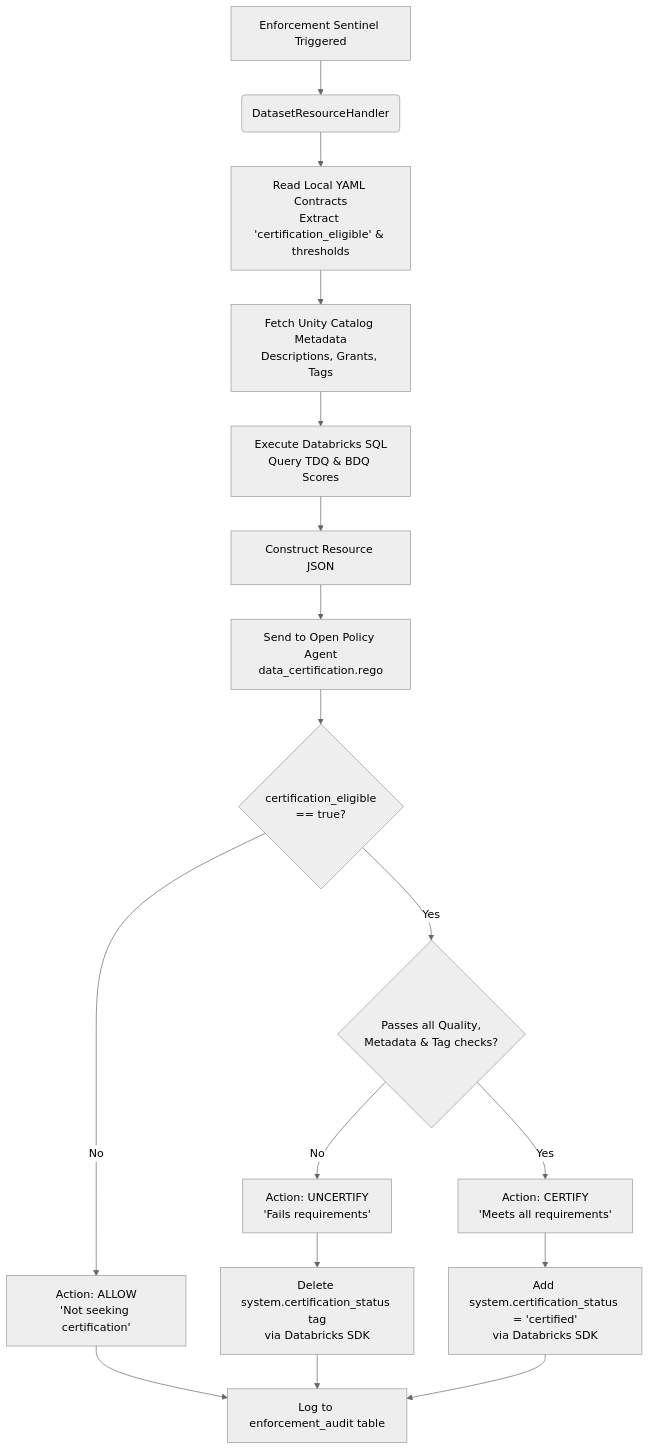
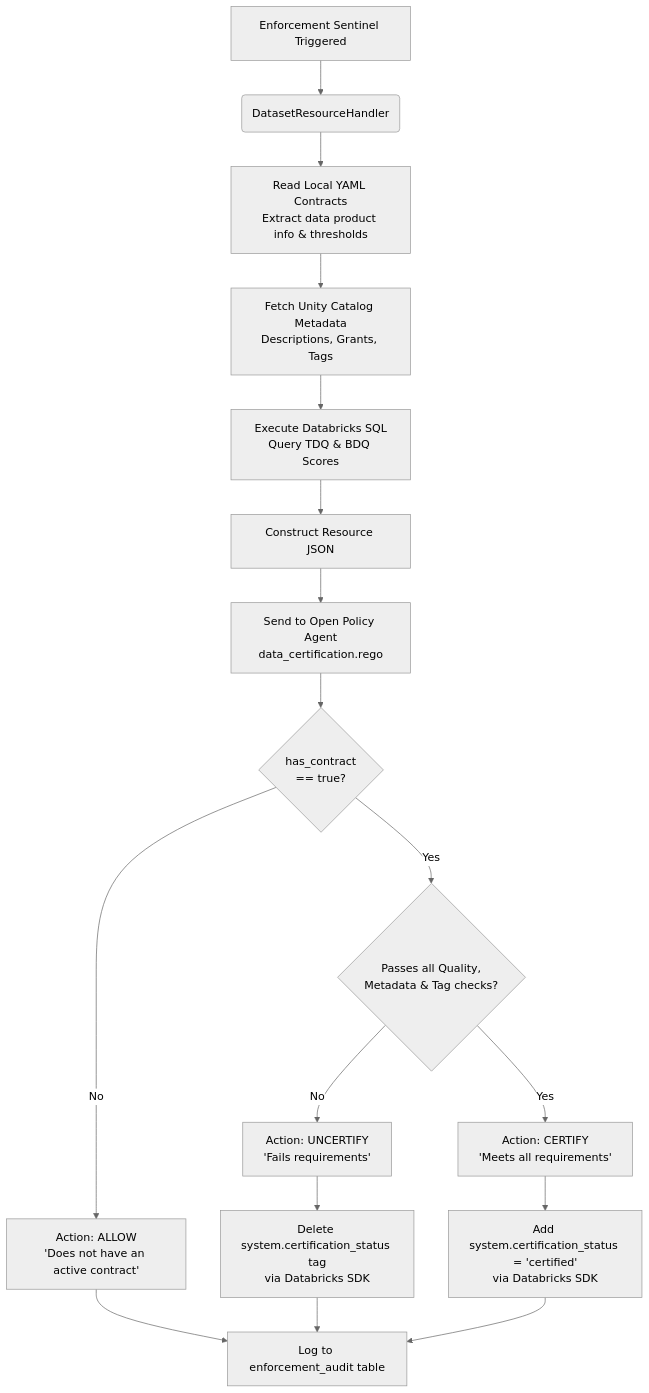
One commit to TaylorAHanson/ssc changed the diagram in backend/policies/overview.md. Above: the diagram before and after it, drawn with Mermaid (neutral theme). The commit also changed 11 other files, not shown here.

````diff
--- a/backend/policies/overview.md
+++ b/backend/policies/overview.md
@@ -76,25 +76,25 @@
 ```mermaid
 flowchart TD
     A[Enforcement Sentinel Triggered] --> B(DatasetResourceHandler)
-    B --> C[Read Local YAML Contracts<br>Extract 'certification_eligible' & thresholds]
+    B --> C[Read Local YAML Contracts<br>Extract data product info & thresholds]
     
     C --> F[Fetch Unity Catalog Metadata<br>Descriptions, Grants, Tags]
     F --> G[Execute Databricks SQL<br>Query TDQ & BDQ Scores]
     
     G --> H[Construct Resource JSON]
     H --> I[Send to Open Policy Agent<br>data_certification.rego]
     
-    I --> J{certification_eligible<br>== true?}
-    J -- No --> K[Action: ALLOW<br>'Not seeking certification']
+    I --> J{has_contract<br>== true?}
+    J -- No --> K[Action: ALLOW<br>'Does not have an active contract']
     
     J -- Yes --> L{Passes all Quality,<br>Metadata & Tag checks?}
     L -- No --> M[Action: UNCERTIFY<br>'Fails requirements']
     L -- Yes --> N[Action: CERTIFY<br>'Meets all requirements']
     
     K --> O[Log to enforcement_audit table]
     M --> P[Delete system.certification_status tag<br>via Databricks SDK]
     N --> Q[Add system.certification_status = 'certified'<br>via Databricks SDK]
     
     P --> O
     Q --> O
 ```
````
